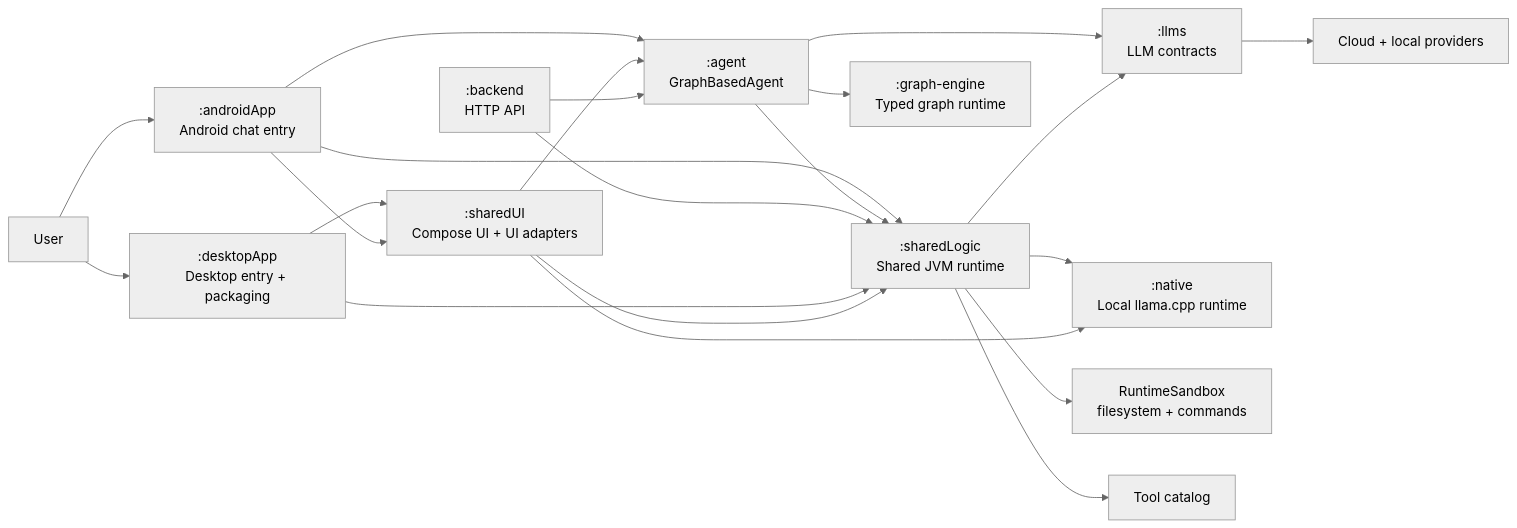
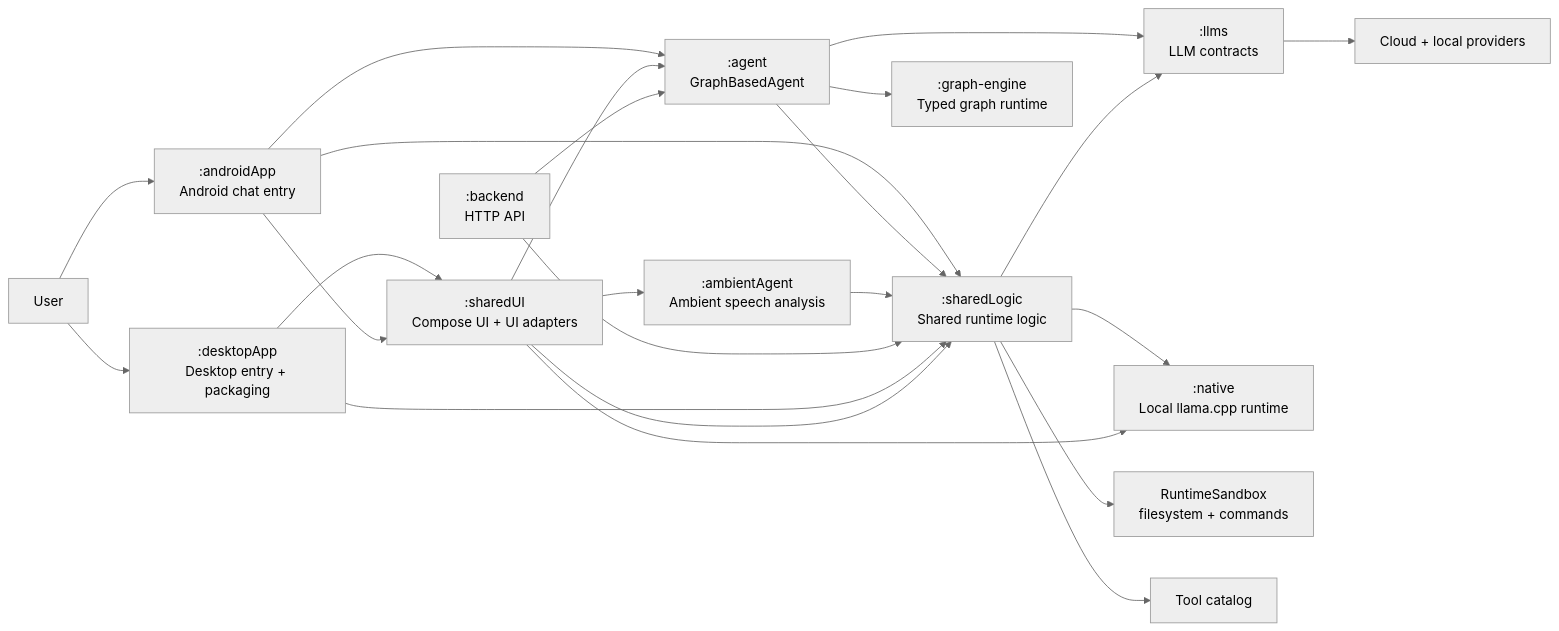
The first of 4 diagrams in README.md (D00mch/souz), drawn with Mermaid (neutral theme) before and after one commit. The commit also changed other lines of this file and 52 other files, not shown here.

````diff
--- a/README.md
+++ b/README.md
@@ -71,25 +73,27 @@
 ```mermaid
 flowchart LR
     userNode["User"] --> desktopApp[":desktopApp\nDesktop entry + packaging"]
     desktopApp --> sharedUi[":sharedUI\nCompose UI + UI adapters"]
     userNode --> androidApp[":androidApp\nAndroid chat entry"]
     androidApp --> sharedUi
     androidApp --> agentNode
     androidApp --> runtimeNode
     sharedUi --> agentNode[":agent\nGraphBasedAgent"]
+    sharedUi --> ambientNode[":ambientAgent\nAmbient speech analysis"]
     backendApi[":backend\nHTTP API"] --> agentNode
 
     agentNode --> graphEngine[":graph-engine\nTyped graph runtime"]
-    agentNode --> runtimeNode[":sharedLogic\nShared JVM runtime"]
+    agentNode --> runtimeNode[":sharedLogic\nShared runtime logic"]
     agentNode --> llmsNode[":llms\nLLM contracts"]
     runtimeNode --> llmsNode
     runtimeNode --> nativeRuntime[":native\nLocal llama.cpp runtime"]
+    ambientNode --> runtimeNode
     backendApi --> runtimeNode
     desktopApp --> runtimeNode
     sharedUi --> runtimeNode
     sharedUi --> nativeRuntime
 
     runtimeNode --> sandboxNode["RuntimeSandbox\nfilesystem + commands"]
     runtimeNode --> toolsNode["Tool catalog"]
     llmsNode --> providersNode["Cloud + local providers"]
 ```
````
